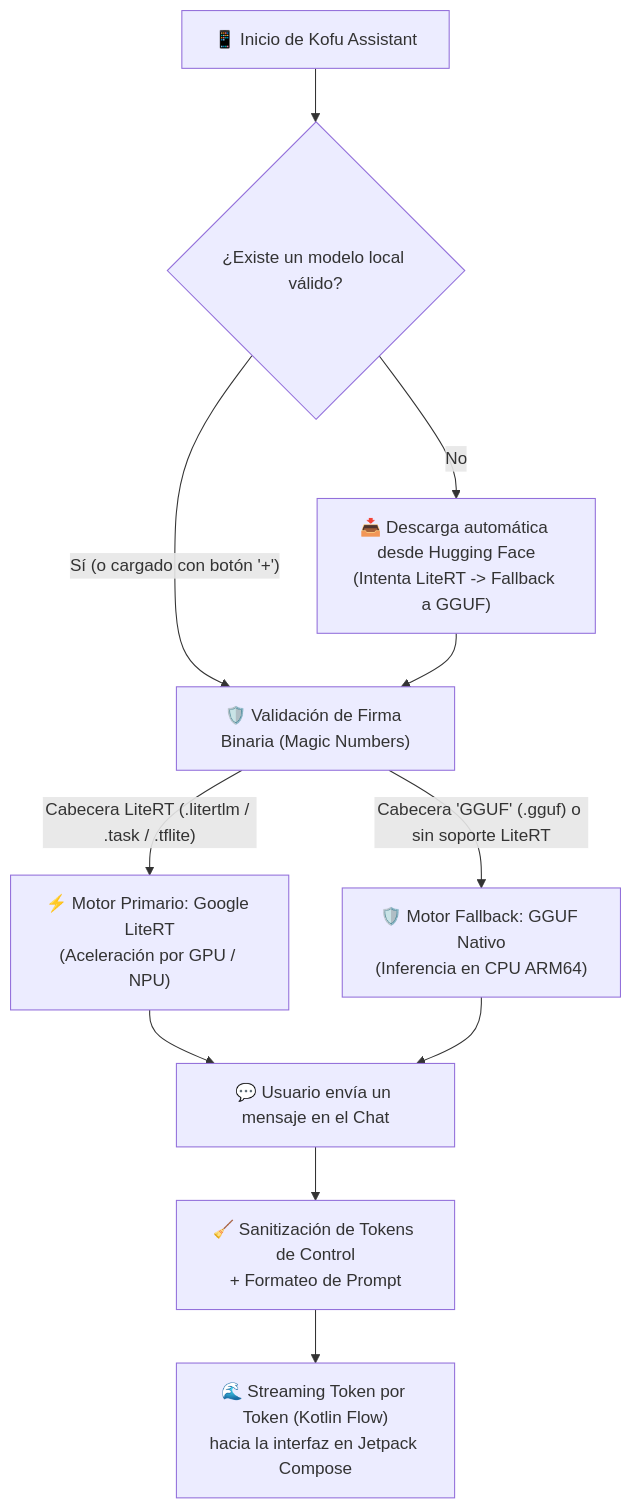
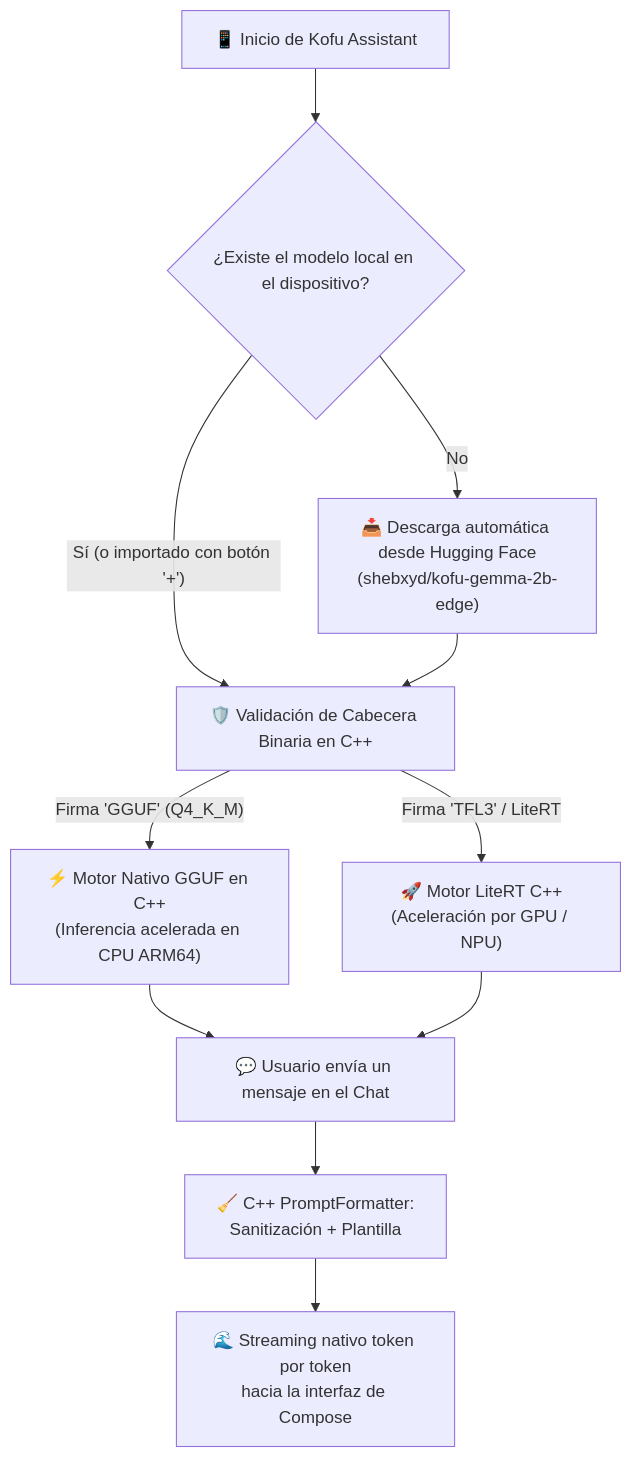
One commit to Kineyo/Kofu_Mobile changed the diagram in README.md. Above: the diagram before and after it, drawn with Mermaid. The commit also changed other lines of this file and 16 other files, not shown here.

First line of the commit message:
feat: backend nativo C++20 (NDK/CMake), integración oficial Hugging Face y nuevo arte Kofu

````diff
--- a/README.md
+++ b/README.md
@@ -32,13 +69,13 @@
 ```mermaid
 flowchart TD
-    A["📱 Inicio de Kofu Assistant"] --> B{"¿Existe un modelo local válido?"}
-    B -- "No" --> C["📥 Descarga automática desde Hugging Face\n(Intenta LiteRT -> Fallback a GGUF)"]
-    B -- "Sí (o cargado con botón '+')" --> D["🛡️ Validación de Firma Binaria (Magic Numbers)"]
+    A["📱 Inicio de Kofu Assistant"] --> B{"¿Existe el modelo local en el dispositivo?"}
+    B -- "No" --> C["📥 Descarga automática desde Hugging Face\n(shebxyd/kofu-gemma-2b-edge)"]
+    B -- "Sí (o importado con botón '+')" --> D["🛡️ Validación de Cabecera Binaria en C++"]
     C --> D
-    D -- "Cabecera LiteRT (.litertlm / .task / .tflite)" --> E["⚡ Motor Primario: Google LiteRT\n(Aceleración por GPU / NPU)"]
-    D -- "Cabecera 'GGUF' (.gguf) o sin soporte LiteRT" --> F["🛡️ Motor Fallback: GGUF Nativo\n(Inferencia en CPU ARM64)"]
+    D -- "Firma 'GGUF' (Q4_K_M)" --> E["⚡ Motor Nativo GGUF en C++\n(Inferencia acelerada en CPU ARM64)"]
+    D -- "Firma 'TFL3' / LiteRT" --> F["🚀 Motor LiteRT C++\n(Aceleración por GPU / NPU)"]
     E --> G["💬 Usuario envía un mensaje en el Chat"]
     F --> G
-    G --> H["🧹 Sanitización de Tokens de Control\n+ Formateo de Prompt"]
-    H --> I["🌊 Streaming Token por Token (Kotlin Flow)\nhacia la interfaz en Jetpack Compose"]
+    G --> H["🧹 C++ PromptFormatter:\nSanitización + Plantilla <start_of_turn>"]
+    H --> I["🌊 Streaming nativo token por token\nhacia la interfaz de Compose"]
 ```
````
